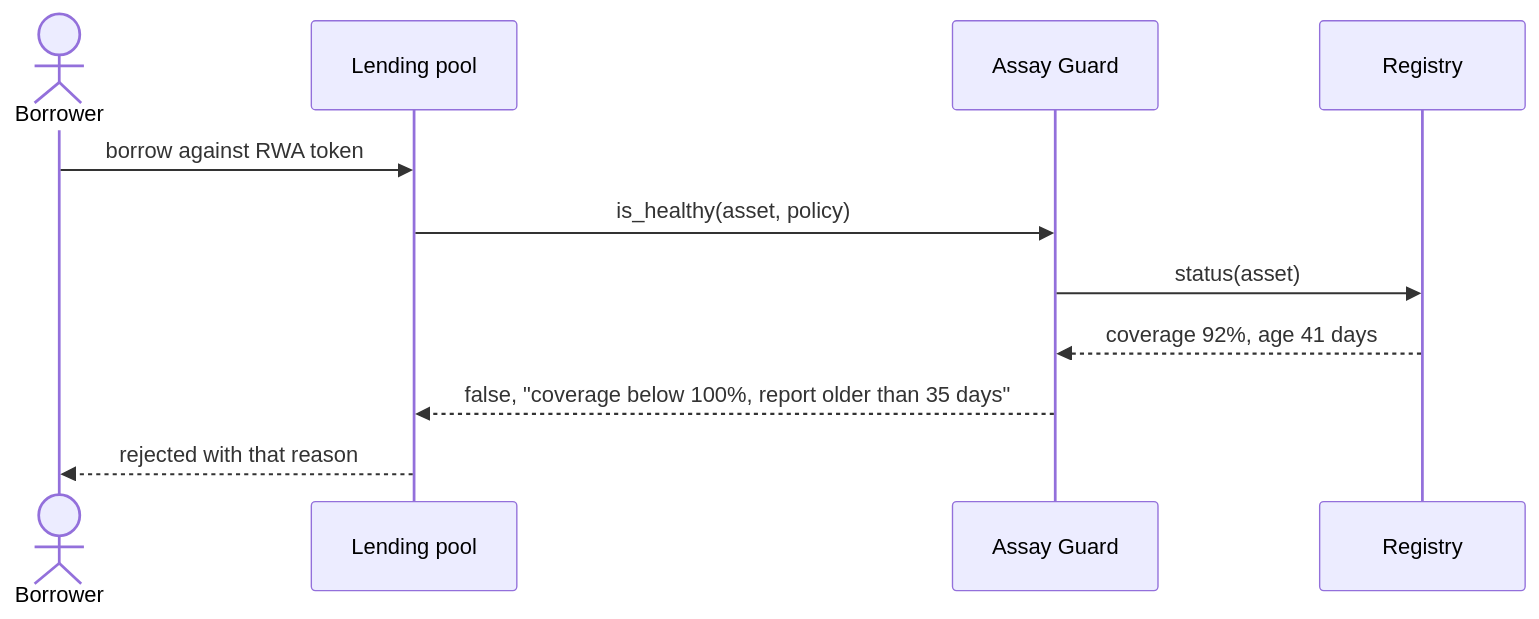
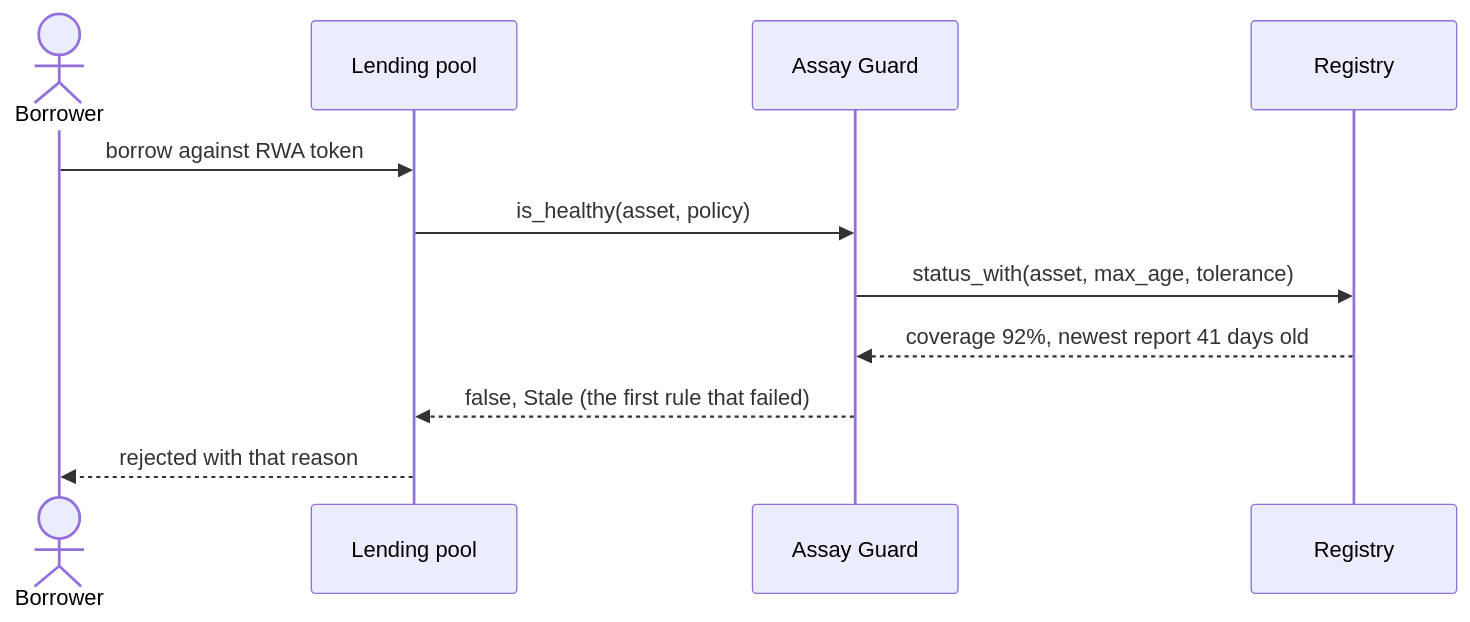
One commit to Garkuwa-Studio/assay changed the fourth of 4 diagrams in docs/ARCHITECTURE.md. Above: the diagram before and after it, drawn with Mermaid. The commit also changed other lines of this file and 4 other files, not shown here.

````diff
--- a/docs/ARCHITECTURE.md
+++ b/docs/ARCHITECTURE.md
@@ -239,13 +258,13 @@
 ```mermaid
 sequenceDiagram
     actor U as Borrower
     participant P as Lending pool
     participant G as Assay Guard
     participant REG as Registry
     U->>P: borrow against RWA token
     P->>G: is_healthy(asset, policy)
-    G->>REG: status(asset)
-    REG-->>G: coverage 92%, age 41 days
-    G-->>P: false, "coverage below 100%, report older than 35 days"
+    G->>REG: status_with(asset, max_age, tolerance)
+    REG-->>G: coverage 92%, newest report 41 days old
+    G-->>P: false, Stale (the first rule that failed)
     P-->>U: rejected with that reason
 ```
````
